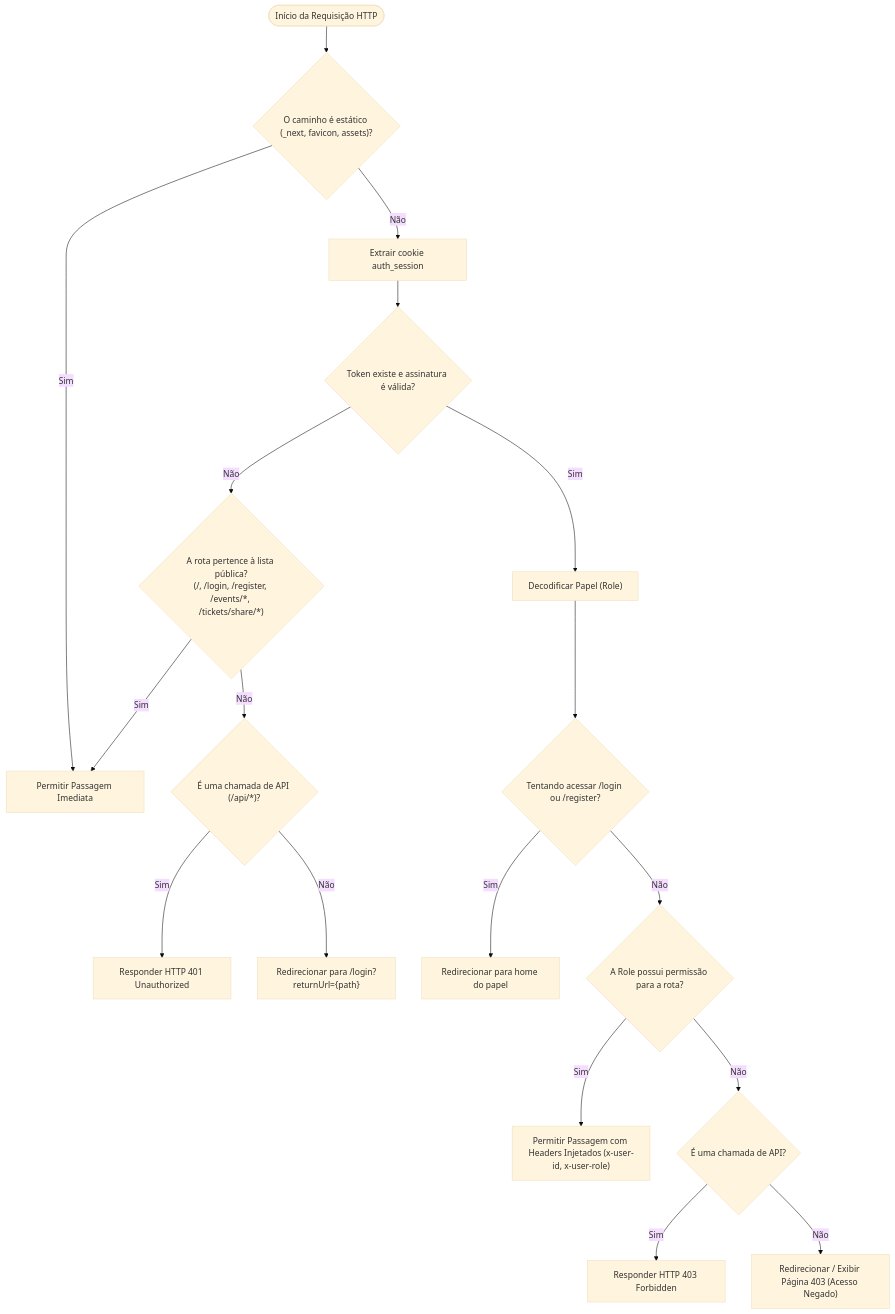
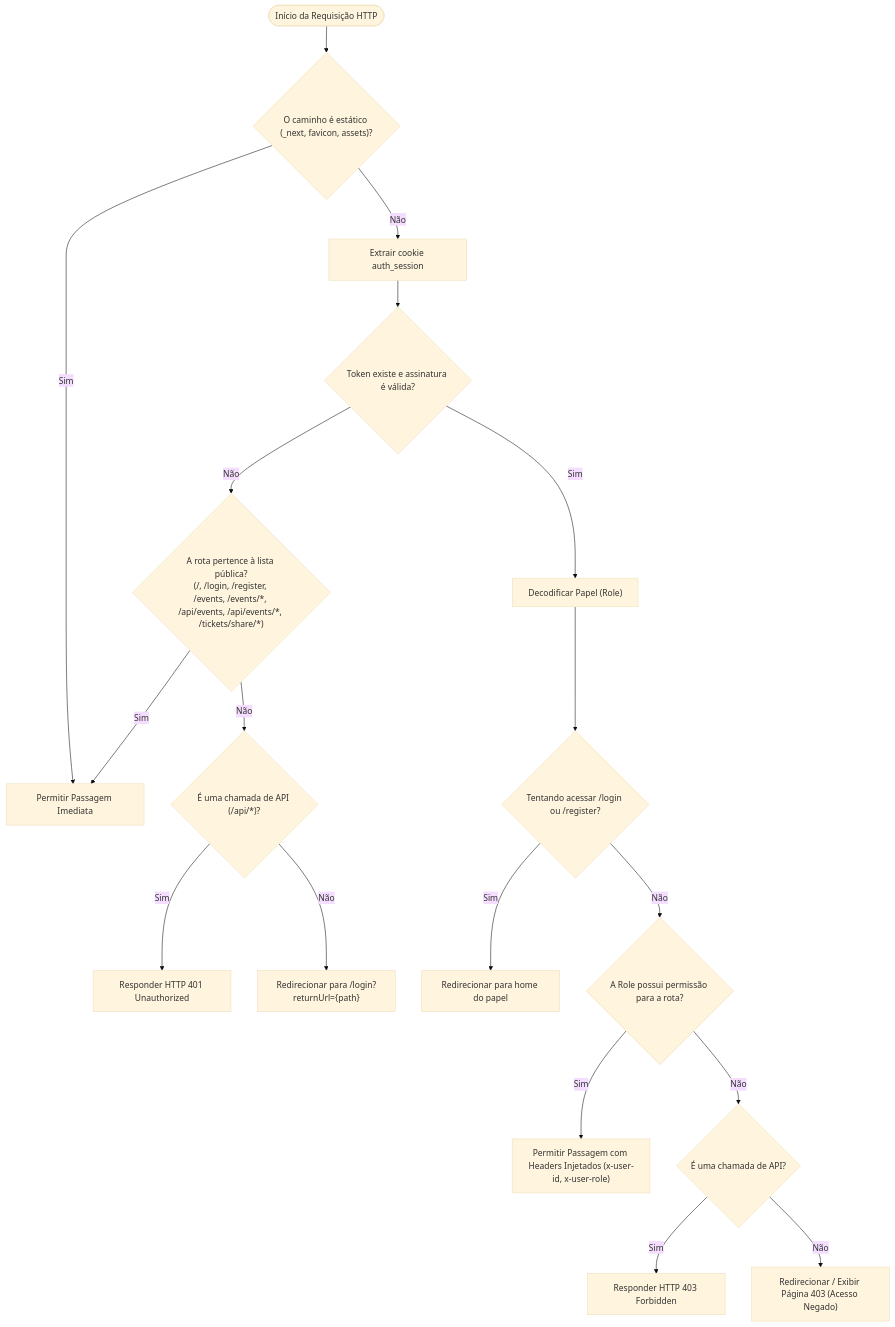
One commit to henriquemarioto/ticket-platform-verzel changed the third of 5 diagrams in docs/01-use-cases/01-AUTH-AND-ACCESS.md. Above: the diagram before and after it, drawn with Mermaid (base theme). The commit also changed other lines of this file and 11 other files, not shown here.

````diff
--- a/docs/01-use-cases/01-AUTH-AND-ACCESS.md
+++ b/docs/01-use-cases/01-AUTH-AND-ACCESS.md
@@ -426,24 +429,24 @@
 ```mermaid
 flowchart TD
     Start(["Início da Requisição HTTP"]) --> PathCheck{"O caminho é estático (_next, favicon, assets)?"}
     PathCheck -- "Sim" --> PassPublic["Permitir Passagem Imediata"]
     PathCheck -- "Não" --> ExtractToken["Extrair cookie auth_session"]
     
     ExtractToken --> HasToken{"Token existe e assinatura é válida?"}
     
-    HasToken -- "Não" --> IsPublic{"A rota pertence à lista pública?<br/>(/, /login, /register, /events/*, /tickets/share/*)"}
+    HasToken -- "Não" --> IsPublic{"A rota pertence à lista pública?<br/>(/, /login, /register, /events, /events/*, /api/events, /api/events/*, /tickets/share/*)"}
     IsPublic -- "Sim" --> PassPublic
     IsPublic -- "Não" --> IsApi{"É uma chamada de API (/api/*)?"}
     IsApi -- "Sim" --> Resp401["Responder HTTP 401 Unauthorized"]
     IsApi -- "Não" --> RedirLogin["Redirecionar para /login?returnUrl={path}"]
     
     HasToken -- "Sim" --> DecodeRole["Decodificar Papel (Role)"]
     DecodeRole --> IsAuthRoute{"Tentando acessar /login ou /register?"}
     IsAuthRoute -- "Sim" --> RedirRoleHome["Redirecionar para home do papel"]
     IsAuthRoute -- "Não" --> CheckPermissions{"A Role possui permissão para a rota?"}
     
     CheckPermissions -- "Sim" --> PassAuthorized["Permitir Passagem com Headers Injetados (x-user-id, x-user-role)"]
     CheckPermissions -- "Não" --> IsApiForbidden{"É uma chamada de API?"}
     IsApiForbidden -- "Sim" --> Resp403["Responder HTTP 403 Forbidden"]
     IsApiForbidden -- "Não" --> Show403Page["Redirecionar / Exibir Página 403 (Acesso Negado)"]
 ```
````
